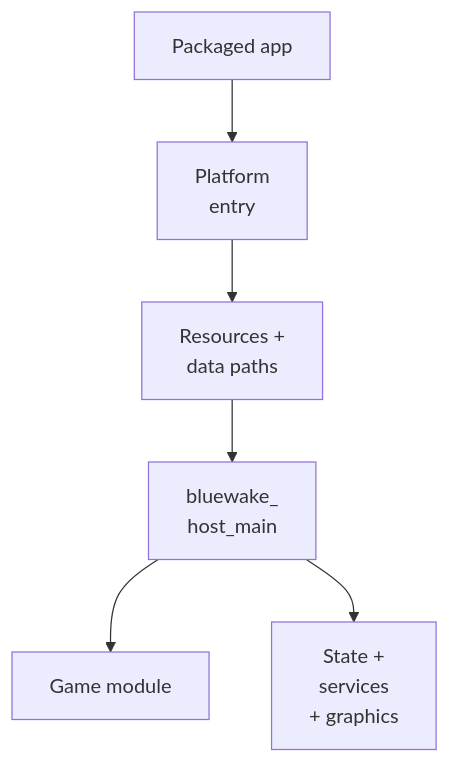
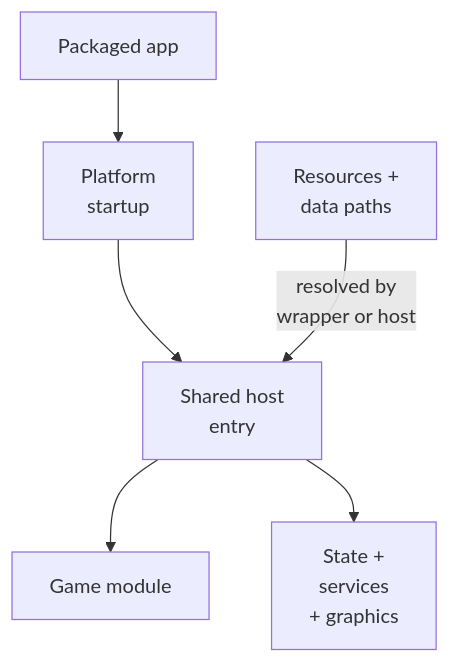
Before and after one commit to Aelbannan/boat_of_daphnes: the first of 9 diagrams in docs/architecture/runtime/Host.md, drawn with Mermaid. The commit also changed other lines of this file, not shown here.

Commit message:
docs: distinguish macOS runtime entry

````diff
--- a/docs/architecture/runtime/Host.md
+++ b/docs/architecture/runtime/Host.md
@@ -24,18 +26,20 @@
 ```mermaid
 flowchart TD
     Package["Packaged app"]
-    Entry["`Platform
-entry`"]
+    Startup["`Platform
+startup`"]
     Paths["`Resources +
 data paths`"]
-    Host["`bluewake_
-host_main`"]
+    Host["`Shared host
+entry`"]
     Module["Game module"]
     Runtime["`State +
 services
 + graphics`"]
 
-    Package --> Entry --> Paths --> Host
+    Package --> Startup --> Host
+    Paths -->|"`resolved by
+wrapper or host`"| Host
     Host --> Module
     Host --> Runtime
 ```
````
